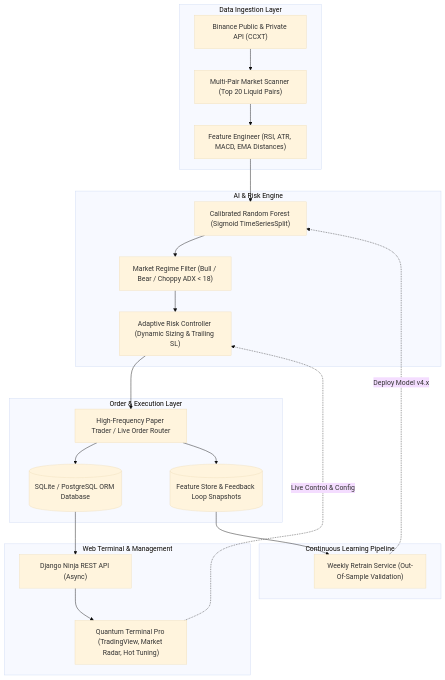
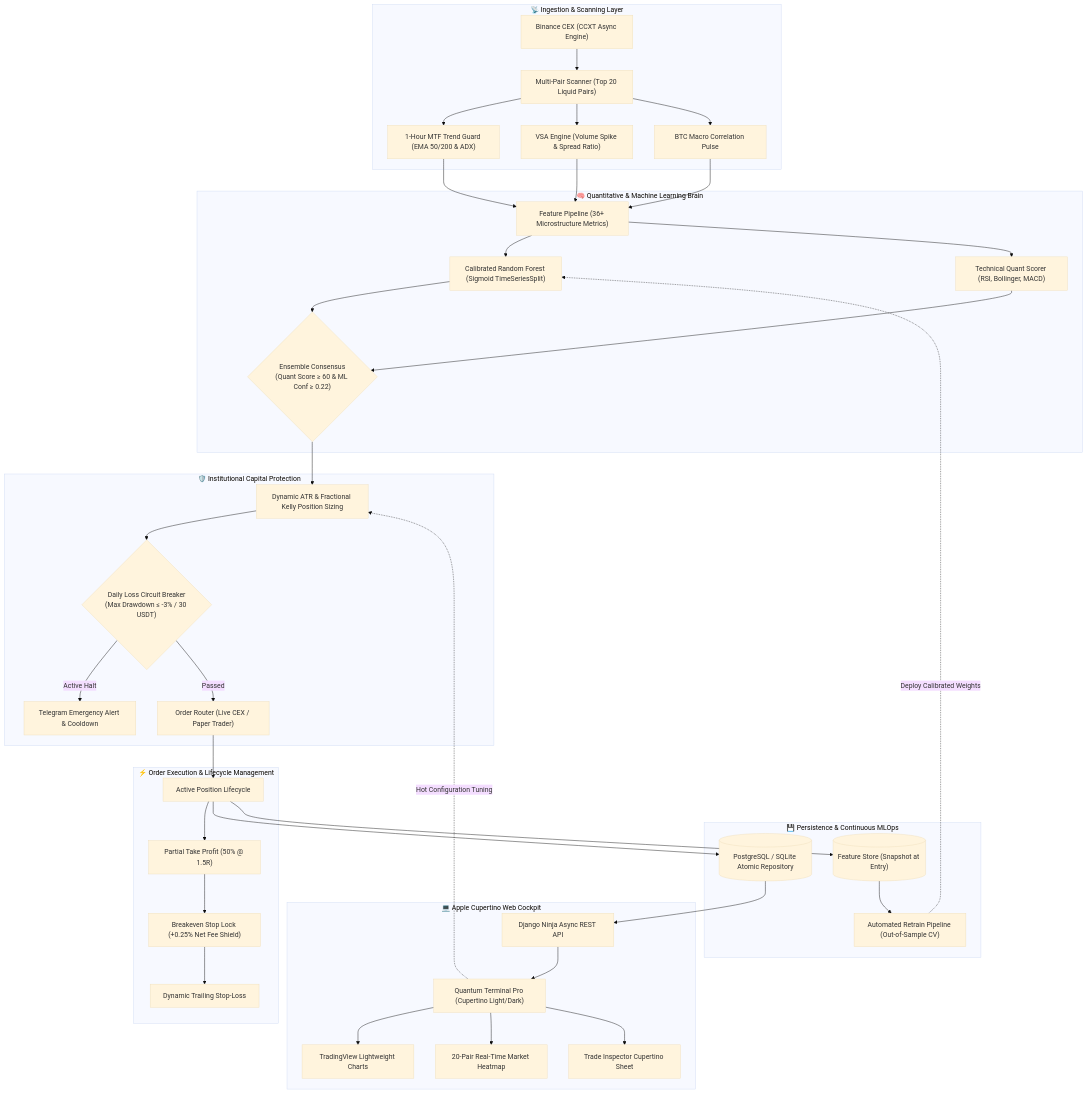
Before and after one commit to DudarDev/algo-trade-core: the diagram in README.md, drawn with Mermaid (base theme). The commit also changed other lines of this file and 8 other files, not shown here.

Commit message:
feat(core): institutional README overhaul, Live CEX Binance connector, interactive two-way Telegram bot

````diff
--- a/README.md
+++ b/README.md
@@ -23,30 +30,46 @@
 ```mermaid
 flowchart TD
-    subgraph MarketData [Data Ingestion Layer]
-        Exchange["Binance Public & Private API (CCXT)"] --> Scanner["Multi-Pair Market Scanner (Top 20 Liquid Pairs)"]
-        Scanner --> FeatureEng["Feature Engineer (RSI, ATR, MACD, EMA Distances)"]
+    subgraph MarketDataLayer ["📡 Ingestion & Scanning Layer"]
+        BinanceAPI["Binance CEX (CCXT Async Engine)"] --> Scanner["Multi-Pair Scanner (Top 20 Liquid Pairs)"]
+        Scanner --> MTF["1-Hour MTF Trend Guard (EMA 50/200 & ADX)"]
+        Scanner --> VSA["VSA Engine (Volume Spike & Spread Ratio)"]
+        Scanner --> BTCPulse["BTC Macro Correlation Pulse"]
     end
 
-    subgraph Intelligence [AI & Risk Engine]
-        FeatureEng --> Predictor["Calibrated Random Forest (Sigmoid TimeSeriesSplit)"]
-        Predictor --> RegimeDetector["Market Regime Filter (Bull / Bear / Choppy ADX < 18)"]
-        RegimeDetector --> RiskController["Adaptive Risk Controller (Dynamic Sizing & Trailing SL)"]
+    subgraph IntelligenceLayer ["🧠 Quantitative & Machine Learning Brain"]
+        MTF & VSA & BTCPulse --> FeatureEng["Feature Pipeline (36+ Microstructure Metrics)"]
+        FeatureEng --> MLModel["Calibrated Random Forest (Sigmoid TimeSeriesSplit)"]
+        FeatureEng --> QuantRuleScore["Technical Quant Scorer (RSI, Bollinger, MACD)"]
+        MLModel & QuantRuleScore --> EnsembleConsensus{"Ensemble Consensus\n(Quant Score ≥ 60 & ML Conf ≥ 0.22)"}
     end
 
-    subgraph Execution [Order & Execution Layer]
-        RiskController --> PaperTrader["High-Frequency Paper Trader / Live Order Router"]
-        PaperTrader --> DB[("SQLite / PostgreSQL ORM Database")]
-        PaperTrader --> FeatureStore[("Feature Store & Feedback Loop Snapshots")]
+    subgraph RiskLayer ["🛡️ Institutional Capital Protection"]
+        EnsembleConsensus --> DynamicSizing["Dynamic ATR & Fractional Kelly Position Sizing"]
+        DynamicSizing --> CircuitBreaker{"Daily Loss Circuit Breaker\n(Max Drawdown ≤ -3% / 30 USDT)"}
+        CircuitBreaker -->|Active Halt| Alert["Telegram Emergency Alert & Cooldown"]
+        CircuitBreaker -->|Passed| ExecutionRouter["Order Router (Live CEX / Paper Trader)"]
     end
 
-    subgraph Presentation [Web Terminal & Management]
-        DB --> DjangoNinja["Django Ninja REST API (Async)"]
-        DjangoNinja --> Dashboard["Quantum Terminal Pro (TradingView, Market Radar, Hot Tuning)"]
-        Dashboard -.->|Live Control & Config| RiskController
+    subgraph ExecutionLayer ["⚡ Order Execution & Lifecycle Management"]
+        ExecutionRouter --> ActivePosition["Active Position Lifecycle"]
+        ActivePosition --> ScaleOut["Partial Take Profit (50% @ 1.5R)"]
+        ScaleOut --> BreakevenLock["Breakeven Stop Lock (+0.25% Net Fee Shield)"]
+        BreakevenLock --> TrailingStop["Dynamic Trailing Stop-Loss"]
     end
 
-    subgraph MLOps [Continuous Learning Pipeline]
-        FeatureStore --> RetrainWorker["Weekly Retrain Service (Out-Of-Sample Validation)"]
-        RetrainWorker -.->|Deploy Model v4.x| Predictor
+    subgraph StorageLayer ["💾 Persistence & Continuous MLOps"]
+        ActivePosition --> TradeRepo[("PostgreSQL / SQLite Atomic Repository")]
+        ActivePosition --> FeatureStore[("Feature Store (Snapshot at Entry)")]
+        FeatureStore --> RetrainLoop["Automated Retrain Pipeline (Out-of-Sample CV)"]
+        RetrainLoop -.->|Deploy Calibrated Weights| MLModel
+    end
+
+    subgraph PresentationLayer ["💻 Apple Cupertino Web Cockpit"]
+        TradeRepo --> DjangoNinja["Django Ninja Async REST API"]
+        DjangoNinja --> Dashboard["Quantum Terminal Pro (Cupertino Light/Dark)"]
+        Dashboard --> TVCharts["TradingView Lightweight Charts"]
+        Dashboard --> Heatmap["20-Pair Real-Time Market Heatmap"]
+        Dashboard --> Inspector["Trade Inspector Cupertino Sheet"]
+        Dashboard -.->|Hot Configuration Tuning| DynamicSizing
     end
 ```
````
